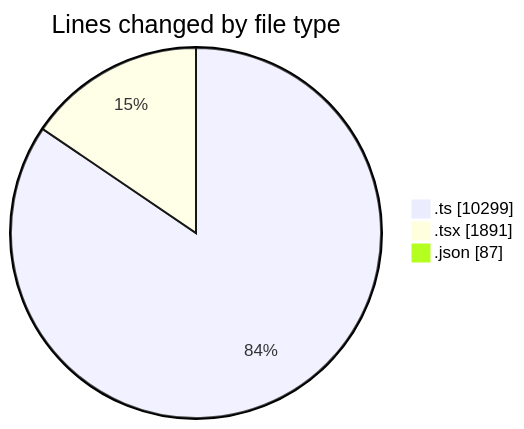
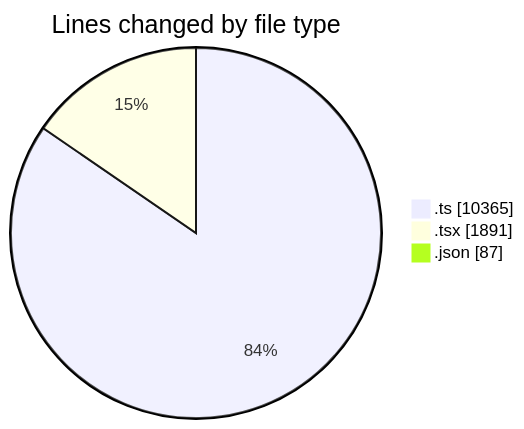
One commit to momahboobian/code-tracking changed the first of 2 diagrams in 2025-07-14/cda/README.md. Above: the diagram before and after it, drawn with Mermaid. The commit also changed other lines of this file and 1 other file, not shown here.

````diff
--- a/2025-07-14/cda/README.md
+++ b/2025-07-14/cda/README.md
@@ -29,7 +29,7 @@
 ```mermaid
 pie showData
 title Lines changed by file type
-".ts" : 10299
+".ts" : 10365
 ".tsx" : 1891
 ".json" : 87
 ```
````
